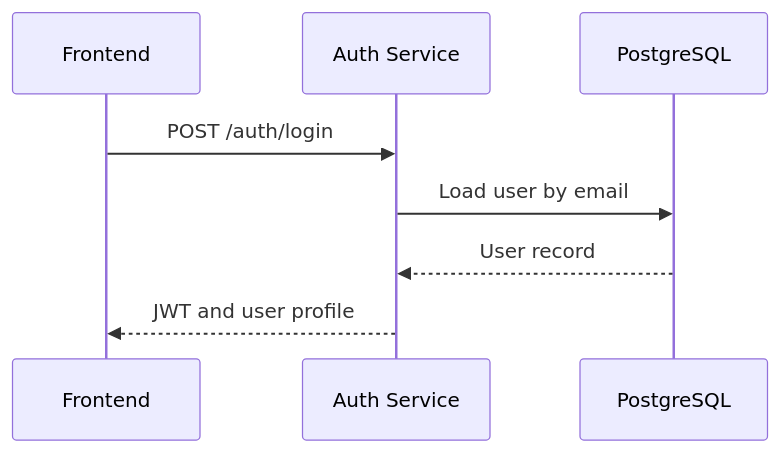
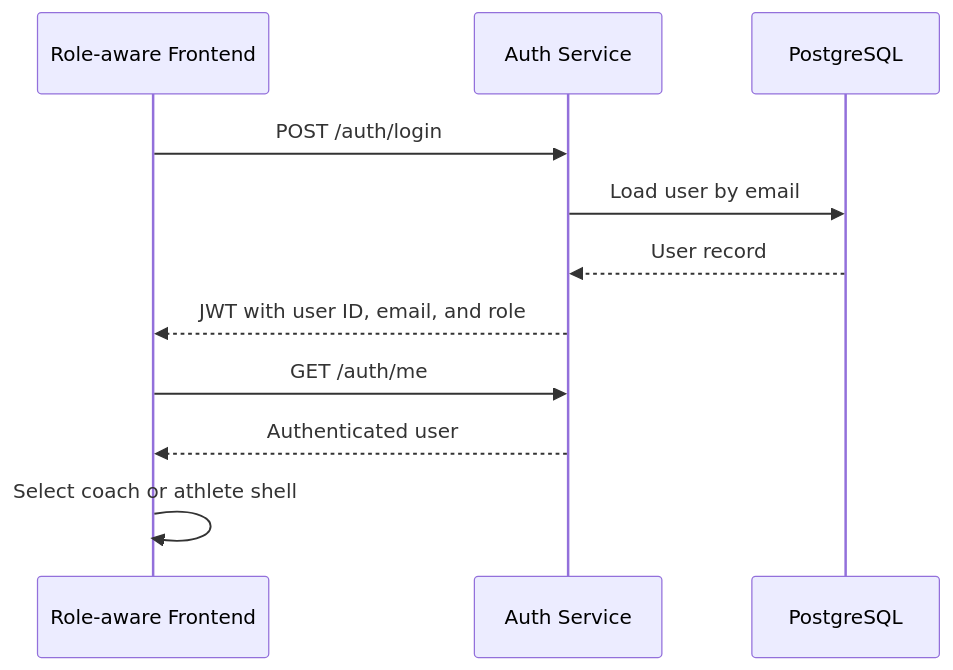
Before and after one commit to Atharva-Waranashiwar-Coding/coachOS_docs: the first of 22 diagrams in diagrams/service-interactions.md, drawn with Mermaid. The commit also changed other lines of this file and 12 other files, not shown here.

````diff
--- a/diagrams/service-interactions.md
+++ b/diagrams/service-interactions.md
@@ -5,10 +5,13 @@
 ```mermaid
 sequenceDiagram
-  participant UI as Frontend
+  participant UI as Role-aware Frontend
   participant Auth as Auth Service
   participant DB as PostgreSQL
   UI->>Auth: POST /auth/login
   Auth->>DB: Load user by email
   DB-->>Auth: User record
-  Auth-->>UI: JWT and user profile
+  Auth-->>UI: JWT with user ID, email, and role
+  UI->>Auth: GET /auth/me
+  Auth-->>UI: Authenticated user
+  UI->>UI: Select coach or athlete shell
 ```
````
